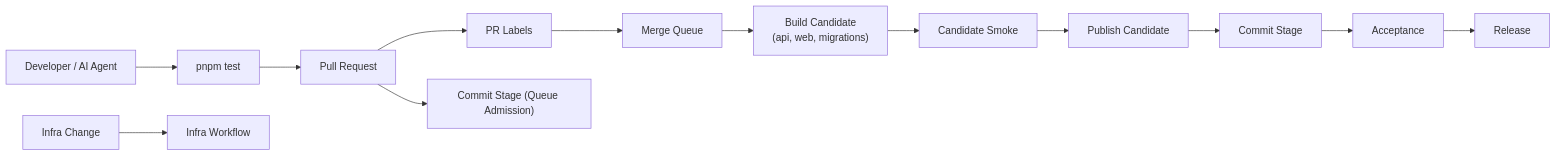
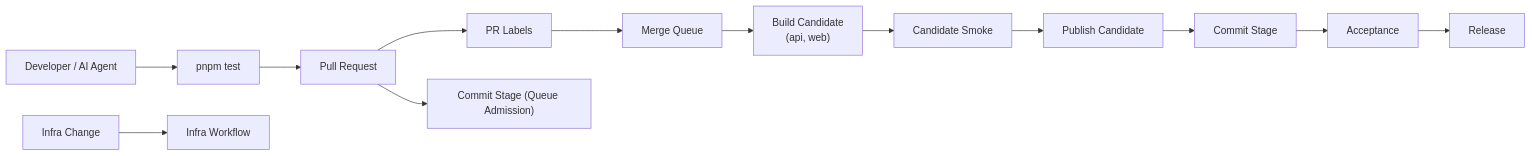
Before and after one commit to glcsolutions-ca/compass: the diagram in platform/pipeline/README.md, drawn with Mermaid. The commit also changed other lines of this file and 16 other files, not shown here.

Commit message:
Collapse migrations into api release artifact

````diff
--- a/platform/pipeline/README.md
+++ b/platform/pipeline/README.md
@@ -3,17 +3,17 @@
 ```mermaid
 flowchart LR
     DEV["Developer / AI Agent"] --> LOCAL["pnpm test"]
     LOCAL --> PR["Pull Request"]
     PR --> PF["PR Labels"]
     PR --> QA["Commit Stage (Queue Admission)"]
     PF --> MQ["Merge Queue"]
 
-    MQ --> BC["Build Candidate\n(api, web, migrations)"]
+    MQ --> BC["Build Candidate\n(api, web)"]
     BC --> SM["Candidate Smoke"]
     SM --> PC["Publish Candidate"]
     PC --> CS["Commit Stage"]
     CS --> ACC["Acceptance"]
     ACC --> REL["Release"]
 
     INFRA["Infra Change"] --> IW["Infra Workflow"]
 ```
````
